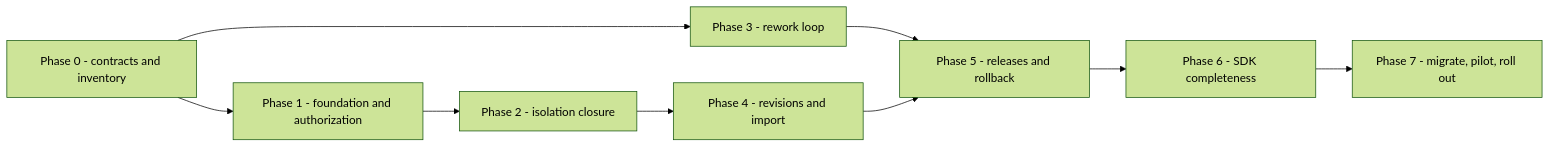
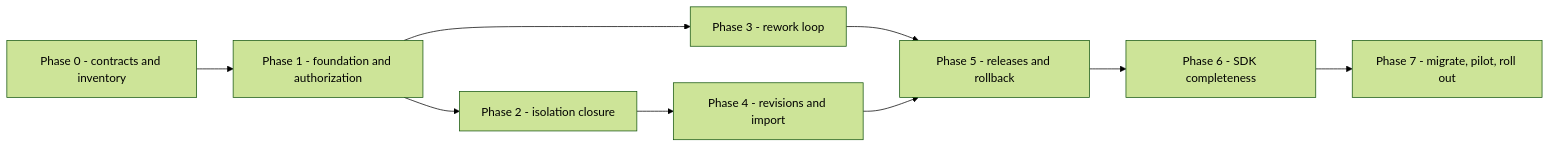
Diagram 12 of 12 in docs/workspace-plan.md (rrahimi-uci/caliber-suite), drawn with Mermaid (forest theme) before and after one commit. The commit also changed other lines of this file, not shown here.

````diff
--- a/docs/workspace-plan.md
+++ b/docs/workspace-plan.md
@@ -2215,11 +2588,11 @@
 ```mermaid
 flowchart LR
   P0[Phase 0 - contracts and inventory] --> P1[Phase 1 - foundation and authorization]
   P1 --> P2[Phase 2 - isolation closure]
-  P0 --> P3[Phase 3 - rework loop]
+  P1 --> P3[Phase 3 - rework loop]
   P2 --> P4[Phase 4 - revisions and import]
   P3 --> P5[Phase 5 - releases and rollback]
   P4 --> P5
   P5 --> P6[Phase 6 - SDK completeness]
   P6 --> P7[Phase 7 - migrate, pilot, roll out]
 ```
````
